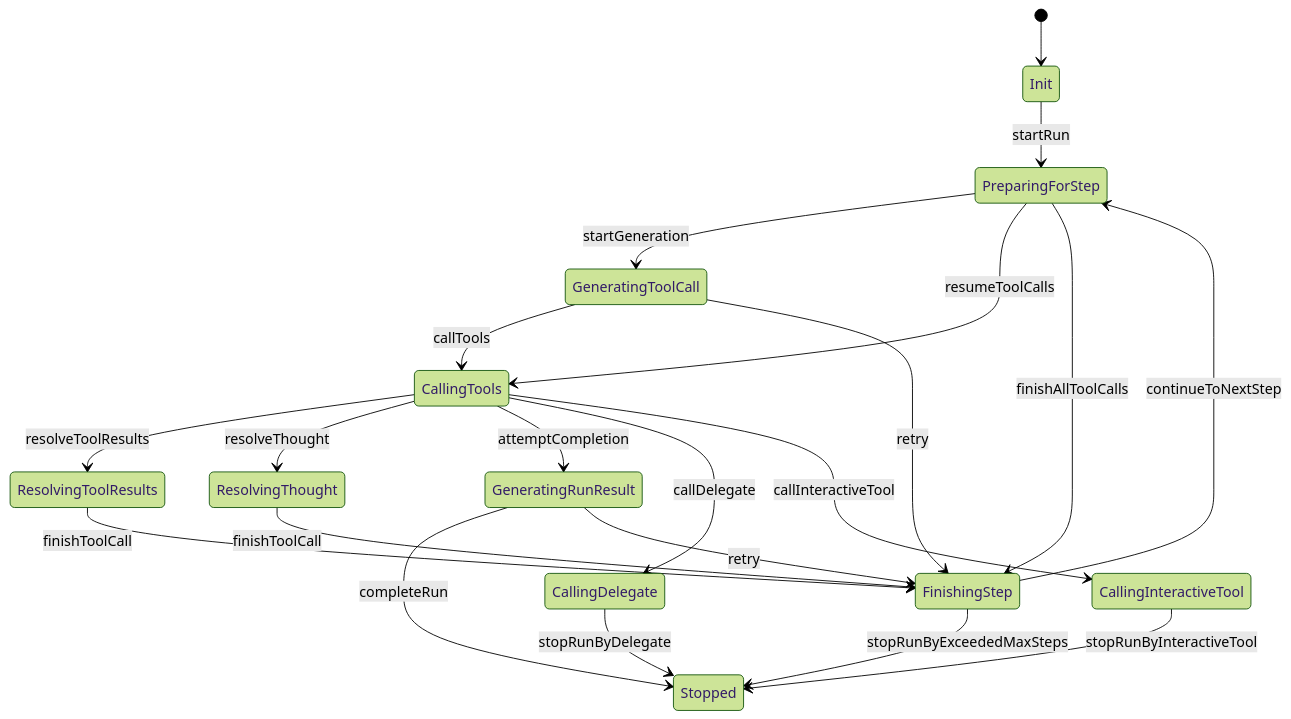
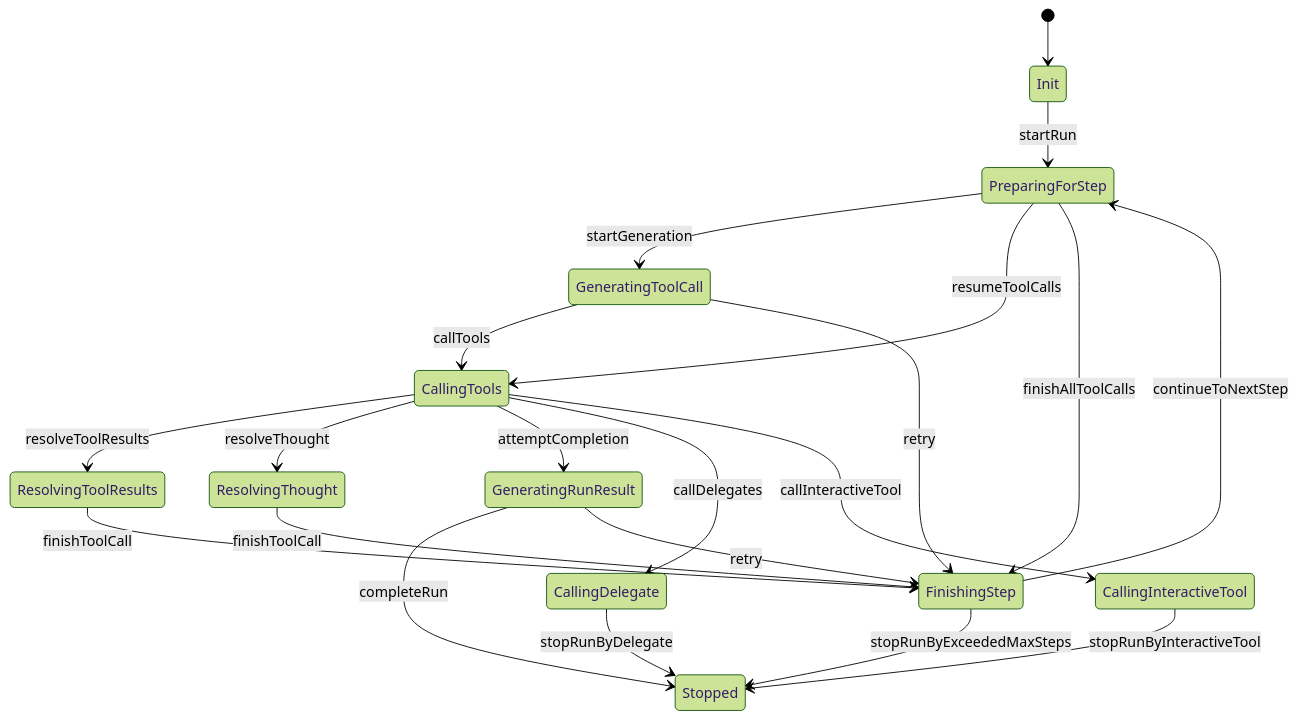
The third of 3 diagrams in packages/runtime/README.md (perstack-ai/perstack), drawn with Mermaid (forest theme) before and after one commit. The commit also changed other lines of this file and 12 other files, not shown here.

````diff
--- a/packages/runtime/README.md
+++ b/packages/runtime/README.md
@@ -183,29 +212,29 @@
 ```mermaid
 stateDiagram-v2
     [*] --> Init
     Init --> PreparingForStep: startRun
     PreparingForStep --> GeneratingToolCall: startGeneration
     PreparingForStep --> CallingTools: resumeToolCalls
     PreparingForStep --> FinishingStep: finishAllToolCalls
     
     GeneratingToolCall --> CallingTools: callTools
     GeneratingToolCall --> FinishingStep: retry
 
     CallingTools --> ResolvingToolResults: resolveToolResults
     CallingTools --> ResolvingThought: resolveThought
     CallingTools --> GeneratingRunResult: attemptCompletion
-    CallingTools --> CallingDelegate: callDelegate
+    CallingTools --> CallingDelegate: callDelegates
     CallingTools --> CallingInteractiveTool: callInteractiveTool
 
     ResolvingToolResults --> FinishingStep: finishToolCall
     ResolvingThought --> FinishingStep: finishToolCall
 
     GeneratingRunResult --> Stopped: completeRun
     GeneratingRunResult --> FinishingStep: retry
 
     CallingInteractiveTool --> Stopped: stopRunByInteractiveTool
     CallingDelegate --> Stopped: stopRunByDelegate
     
     FinishingStep --> PreparingForStep: continueToNextStep
     FinishingStep --> Stopped: stopRunByExceededMaxSteps
 ```
````
